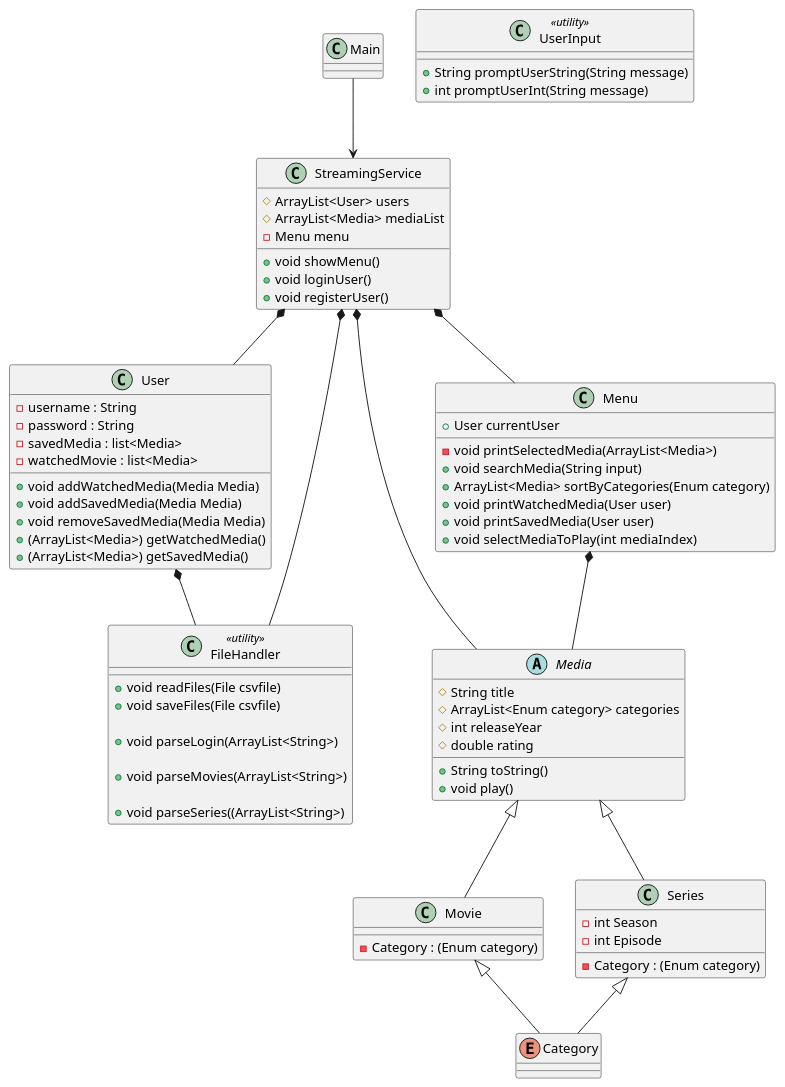
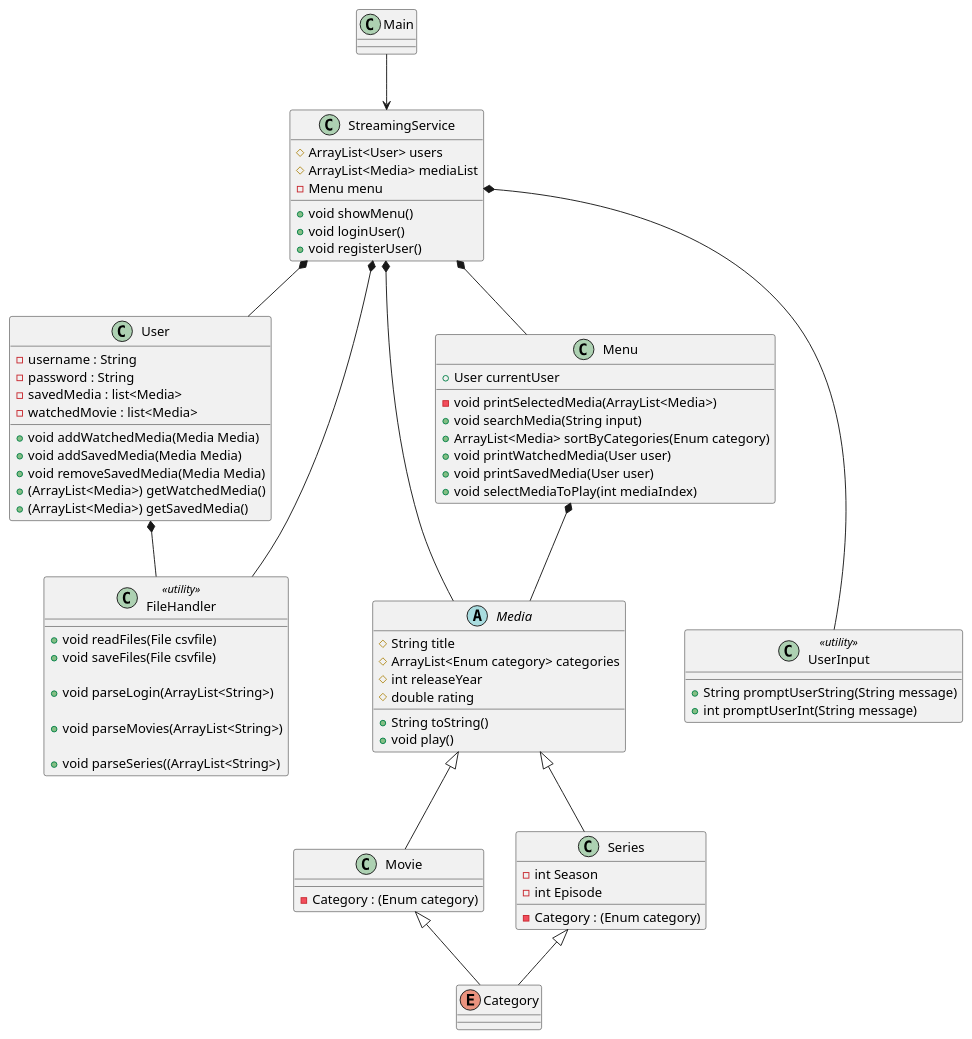
The diagram in UML DIagram/classDiagram.puml (Max-Rasmussen/SP3-StreamingService), drawn with PlantUML before and after one commit.

Commit message:
updated classDiagram

```diff
--- a/UML DIagram/classDiagram.puml
+++ b/UML DIagram/classDiagram.puml
@@ -1,120 +1,121 @@
 @startuml
 'https://plantuml.com/sequence-diagram
 
 
 
 
 '==Variabler og methods===
 
 class User{
 - username : String
 - password : String
 - savedMedia : list<Media>
 - watchedMovie : list<Media>
 
 
 + void addWatchedMedia(Media Media)
 + void addSavedMedia(Media Media)
 + void removeSavedMedia(Media Media)
 + (ArrayList<Media>) getWatchedMedia()
 + (ArrayList<Media>) getSavedMedia()
 
 }
 
 abstract class Media{
 # String title
 # ArrayList<Enum category> categories
 # int releaseYear
 # double rating
 
 + String toString()
 + void play()
 
 
 }
 
 class Main
 
 class Movie{
 
 -Category : (Enum category)
 }
 
 class Series{
 -int Season
 -int Episode
 -Category : (Enum category)
 }
 
 
 enum Category
 class StreamingService{
 # ArrayList<User> users
 # ArrayList<Media> mediaList
 - Menu menu
 
 + void showMenu()
 + void loginUser()
 + void registerUser()
 
 
 }
 class FileHandler <<utility>> {
 
 + void readFiles(File csvfile)
 + void saveFiles(File csvfile)
 
 + void parseLogin(ArrayList<String>)
 
 + void parseMovies(ArrayList<String>)
 
 + void parseSeries((ArrayList<String>)
 
 
 }
 
 
 class UserInput <<utility>>{
 
 
 +String promptUserString(String message)
 +int promptUserInt(String message)
 
 }
 class Menu{
 +User currentUser
 
 - void printSelectedMedia(ArrayList<Media>)
 + void searchMedia(String input)
 + ArrayList<Media> sortByCategories(Enum category)
 + void printWatchedMedia(User user)
 + void printSavedMedia(User user)
 + void selectMediaToPlay(int mediaIndex)
 
 }
 
 
 '==ARV===
 
 User *-- FileHandler
 StreamingService *-- FileHandler
 
 Menu *-- Media
 
 Main --> StreamingService
 
+StreamingService *--- UserInput
 StreamingService *-- Media
 StreamingService *-- Menu
 StreamingService *-- User
 
 
 Media <|-- Movie
 Media <|-- Series
 
 
 Movie <|-- Category
 Series <|-- Category
 
 
 
 @enduml
```
